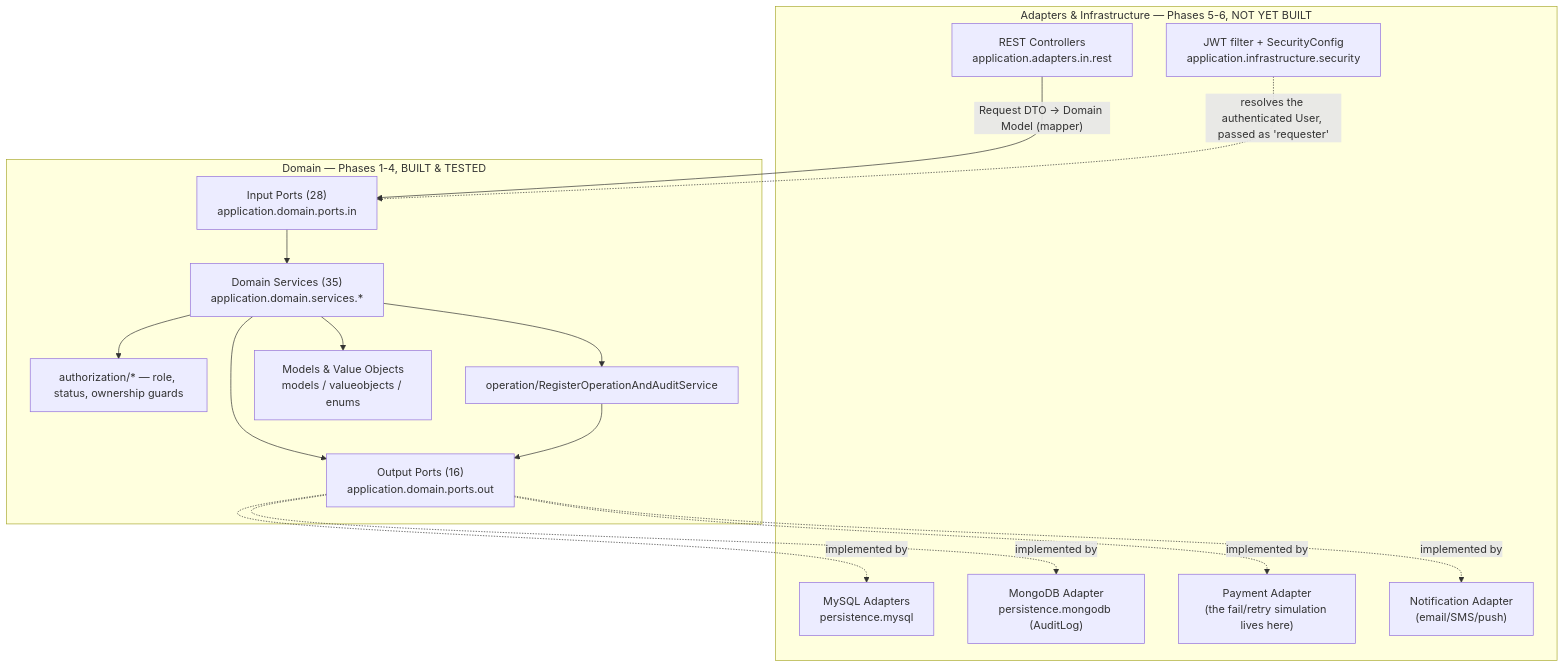
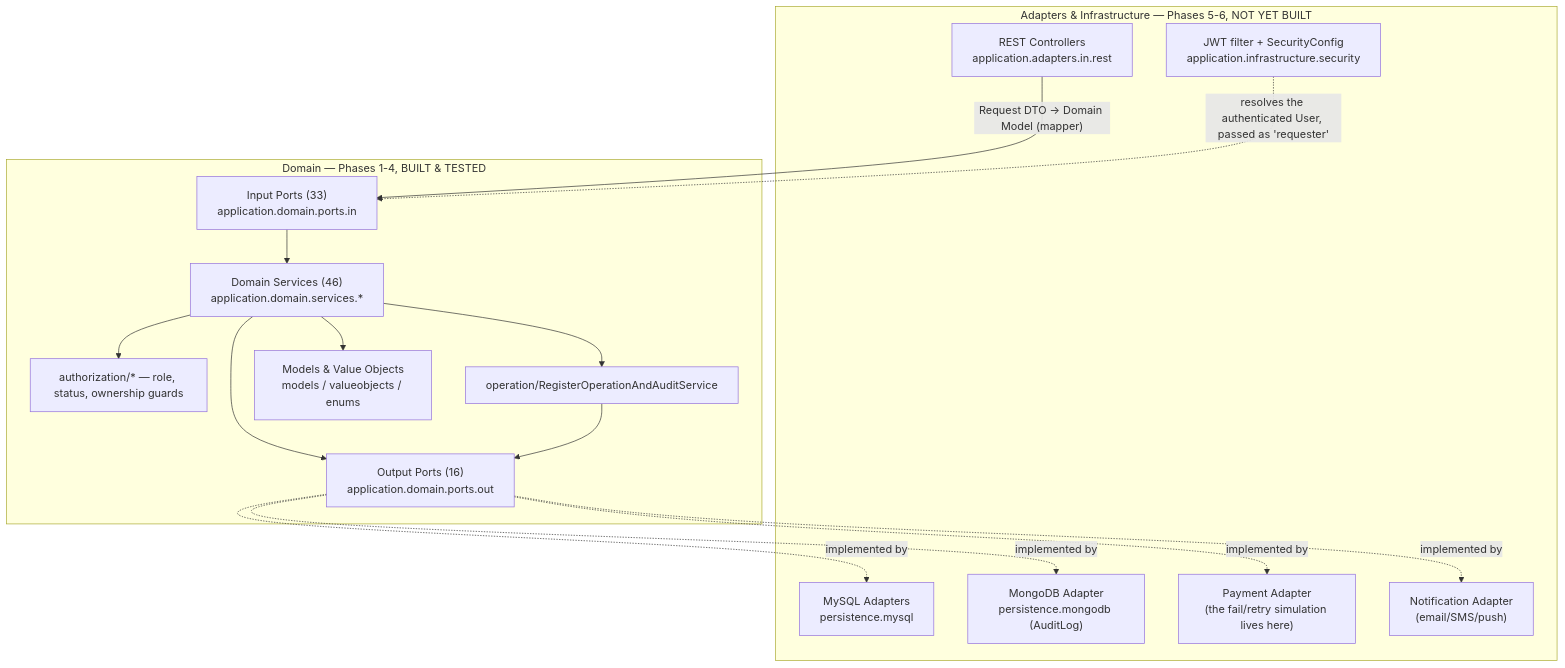
The first of 9 diagrams in SDD/Code Walkthrough and Role Flows.md (sirShovo/market_place), drawn with Mermaid before and after one commit. The commit also changed other lines of this file and 14 other files, not shown here.

````diff
--- a/SDD/Code Walkthrough and Role Flows.md
+++ b/SDD/Code Walkthrough and Role Flows.md
@@ -54,33 +54,33 @@
 ```mermaid
 graph TD
     subgraph ADAPT["Adapters & Infrastructure — Phases 5-6, NOT YET BUILT"]
         REST["REST Controllers<br/>application.adapters.in.rest"]
         SEC["JWT filter + SecurityConfig<br/>application.infrastructure.security"]
         MYSQL["MySQL Adapters<br/>persistence.mysql"]
         MONGO["MongoDB Adapter<br/>persistence.mongodb (AuditLog)"]
         PAY["Payment Adapter<br/>(the fail/retry simulation lives here)"]
         NOTIF["Notification Adapter<br/>(email/SMS/push)"]
     end
 
     subgraph DOMAIN["Domain — Phases 1-4, BUILT & TESTED"]
-        INPORTS["Input Ports (28)<br/>application.domain.ports.in"]
-        SERVICES["Domain Services (35)<br/>application.domain.services.*"]
+        INPORTS["Input Ports (33)<br/>application.domain.ports.in"]
+        SERVICES["Domain Services (46)<br/>application.domain.services.*"]
         AUTHZ["authorization/* — role, status, ownership guards"]
         AUDIT["operation/RegisterOperationAndAuditService"]
         MODELS["Models & Value Objects<br/>models / valueobjects / enums"]
         OUTPORTS["Output Ports (16)<br/>application.domain.ports.out"]
     end
 
     REST -->|"Request DTO -> Domain Model (mapper)"| INPORTS
     SEC -.->|"resolves the authenticated User, passed as 'requester'"| INPORTS
     INPORTS --> SERVICES
     SERVICES --> AUTHZ
     SERVICES --> AUDIT
     SERVICES --> MODELS
     SERVICES --> OUTPORTS
     AUDIT --> OUTPORTS
     OUTPORTS -.->|"implemented by"| MYSQL
     OUTPORTS -.->|"implemented by"| MONGO
     OUTPORTS -.->|"implemented by"| PAY
     OUTPORTS -.->|"implemented by"| NOTIF
 ```
````
